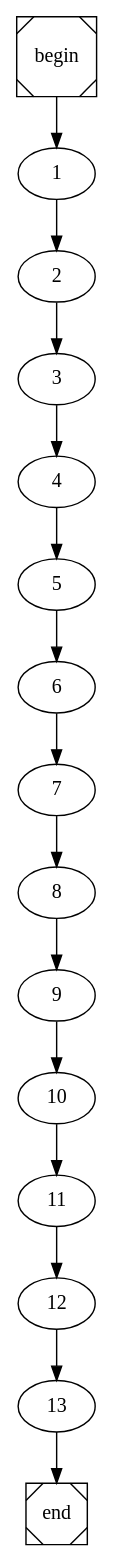
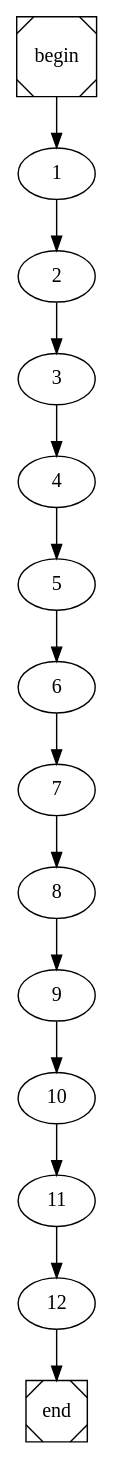
The diagram in build_test_arr.dot (pedrojfs17/FEUP-COMP), drawn with Graphviz before and after one commit. The commit also changed 11 other files, not shown here.

```diff
--- a/build_test_arr.dot
+++ b/build_test_arr.dot
@@ -1,4 +1,4 @@
 digraph cfg {
 	begin [shape=Msquare];
 	end [shape=Msquare];
-	begin -> 1;	1 -> 2;	2 -> 3;	3 -> 4;	4 -> 5;	5 -> 6;	6 -> 7;	7 -> 8;	8 -> 9;	9 -> 10;	10 -> 11;	11 -> 12;	12 -> 13;	13 -> end;}
+	begin -> 1;	1 -> 2;	2 -> 3;	3 -> 4;	4 -> 5;	5 -> 6;	6 -> 7;	7 -> 8;	8 -> 9;	9 -> 10;	10 -> 11;	11 -> 12;	12 -> end;}
```
